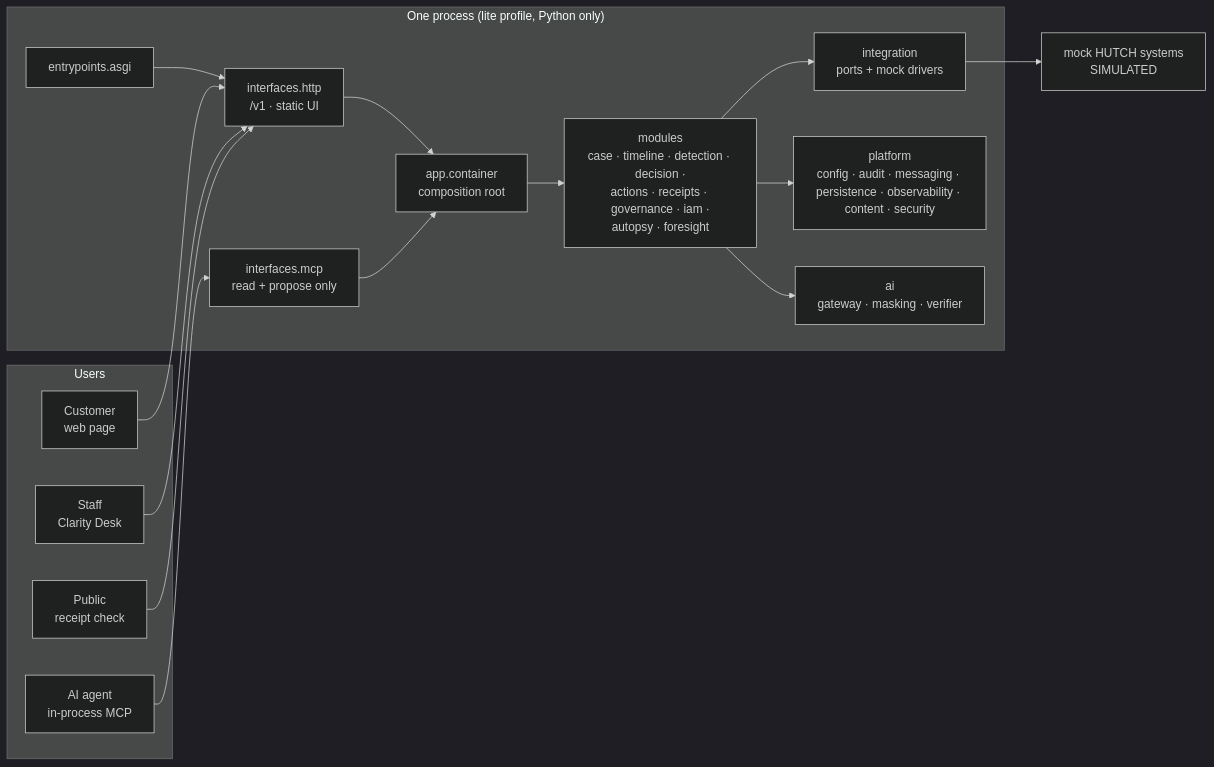
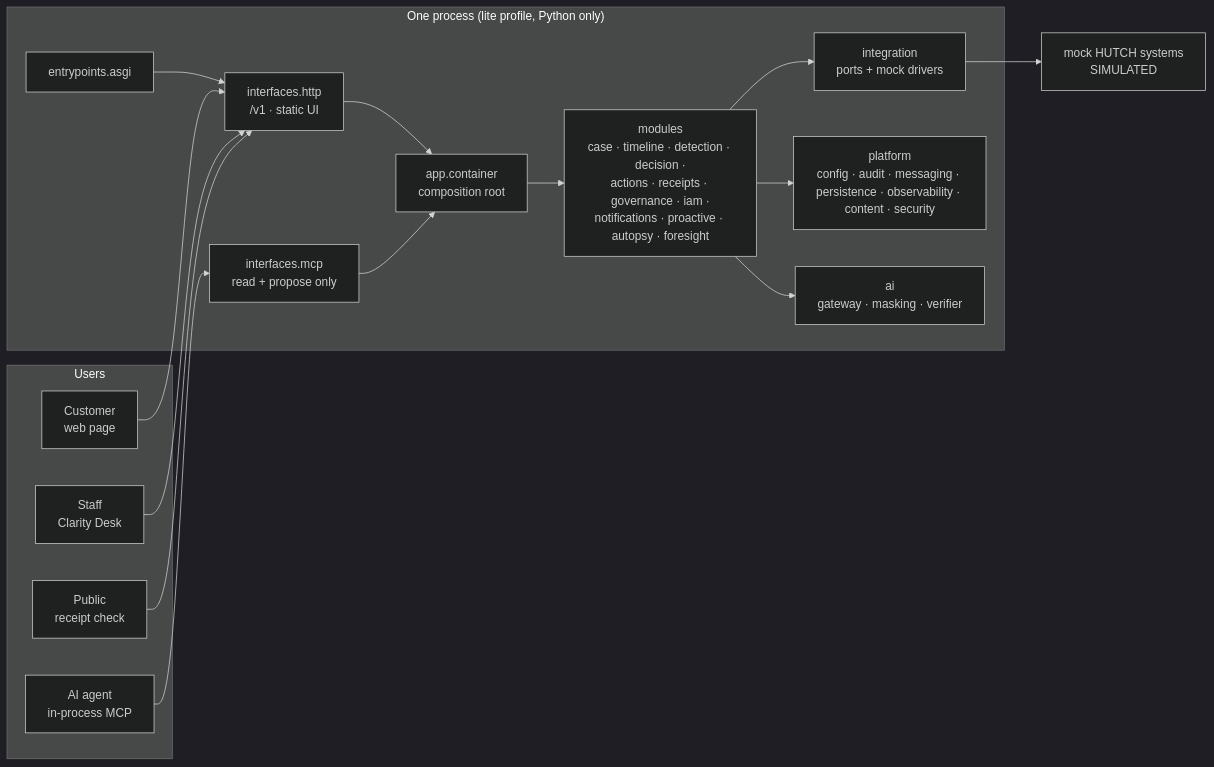
Before and after one commit to Pasidu-Mihiranga/HutchClarity: the diagram in ARCHITECTURE.md, drawn with Mermaid (dark theme). The commit also changed other lines of this file and 15 other files, not shown here.

First line of the commit message:
feat(proactive): add stream risk detection

````diff
--- a/ARCHITECTURE.md
+++ b/ARCHITECTURE.md
@@ -11,31 +11,31 @@
 ```mermaid
 flowchart LR
     subgraph Users
         C["Customer<br/>web page"]
         S["Staff<br/>Clarity Desk"]
         P["Public<br/>receipt check"]
         AG["AI agent<br/>in-process MCP"]
     end
     subgraph Process["One process (lite profile, Python only)"]
         ENT["entrypoints.asgi"]
         HTTP["interfaces.http<br/>/v1 · static UI"]
         MCP["interfaces.mcp<br/>read + propose only"]
         APP["app.container<br/>composition root"]
-        MOD["modules<br/>case · timeline · detection · decision ·<br/>actions · receipts · governance · iam ·<br/>autopsy · foresight"]
+        MOD["modules<br/>case · timeline · detection · decision ·<br/>actions · receipts · governance · iam ·<br/>notifications · proactive · autopsy · foresight"]
         AI["ai<br/>gateway · masking · verifier"]
         PLT["platform<br/>config · audit · messaging · persistence · observability · content · security"]
         INT["integration<br/>ports + mock drivers"]
     end
     SIM["mock HUTCH systems<br/>SIMULATED"]
     C --> HTTP
     S --> HTTP
     P --> HTTP
     AG --> MCP
     ENT --> HTTP
     HTTP --> APP
     MCP --> APP
     APP --> MOD
     MOD --> AI
     MOD --> PLT
     MOD --> INT --> SIM
 ```
````
